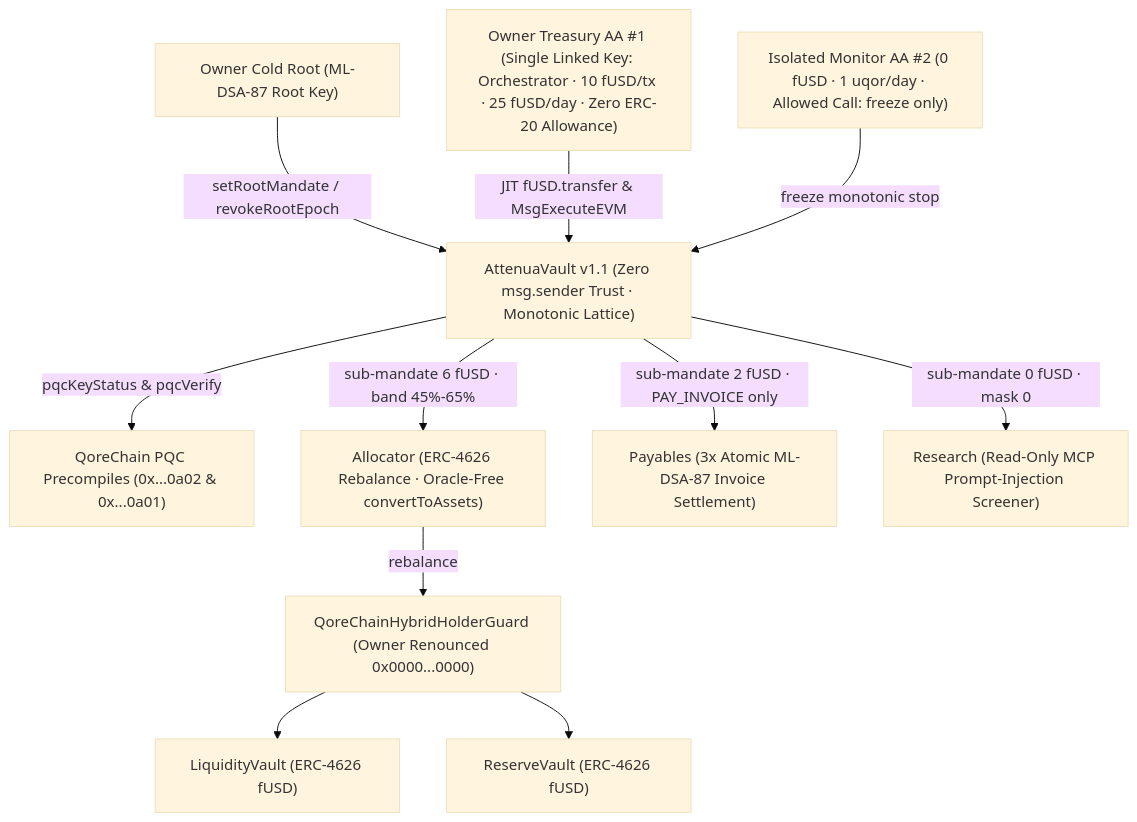
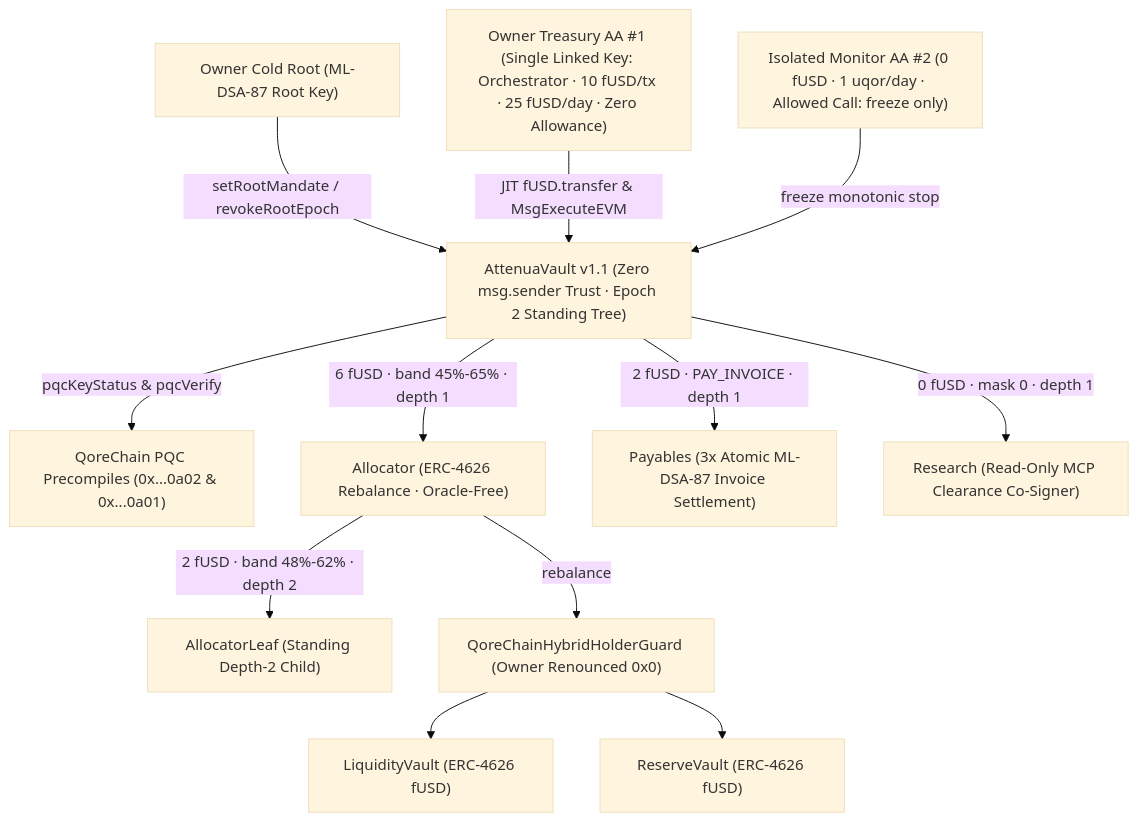
The diagram in README.md (agvswira/attenua), drawn with Mermaid (base theme) before and after one commit. The commit also changed other lines of this file and 28 other files, not shown here.

Commit message:
feat: add Epoch 2 standing tree, Foundry/differential tests, Attack Lab, MCP/CBOM & live LLM benchmark

````diff
--- a/README.md
+++ b/README.md
@@ -34,13 +43,14 @@
 ```mermaid
 flowchart TD
   Owner["Owner Cold Root (ML-DSA-87 Root Key)"] -->|setRootMandate / revokeRootEpoch| Vault
-  AA1["Owner Treasury AA #1 (Single Linked Key: Orchestrator · 10 fUSD/tx · 25 fUSD/day · Zero ERC-20 Allowance)"] -->|JIT fUSD.transfer & MsgExecuteEVM| Vault["AttenuaVault v1.1 (Zero msg.sender Trust · Monotonic Lattice)"]
+  AA1["Owner Treasury AA #1 (Single Linked Key: Orchestrator · 10 fUSD/tx · 25 fUSD/day · Zero Allowance)"] -->|JIT fUSD.transfer & MsgExecuteEVM| Vault["AttenuaVault v1.1 (Zero msg.sender Trust · Epoch 2 Standing Tree)"]
   AA2["Isolated Monitor AA #2 (0 fUSD · 1 uqor/day · Allowed Call: freeze only)"] -->|freeze monotonic stop| Vault
   Vault -->|pqcKeyStatus & pqcVerify| Precompiles["QoreChain PQC Precompiles (0x...0a02 & 0x...0a01)"]
-  Vault -->|sub-mandate 6 fUSD · band 45%-65%| Allocator["Allocator (ERC-4626 Rebalance · Oracle-Free convertToAssets)"]
-  Vault -->|sub-mandate 2 fUSD · PAY_INVOICE only| Payables["Payables (3x Atomic ML-DSA-87 Invoice Settlement)"]
-  Vault -->|sub-mandate 0 fUSD · mask 0| Research["Research (Read-Only MCP Prompt-Injection Screener)"]
-  Allocator -->|rebalance| Guard["QoreChainHybridHolderGuard (Owner Renounced 0x0000...0000)"]
+  Vault -->|6 fUSD · band 45%-65% · depth 1| Allocator["Allocator (ERC-4626 Rebalance · Oracle-Free)"]
+  Allocator -->|2 fUSD · band 48%-62% · depth 2| Leaf["AllocatorLeaf (Standing Depth-2 Child)"]
+  Vault -->|2 fUSD · PAY_INVOICE · depth 1| Payables["Payables (3x Atomic ML-DSA-87 Invoice Settlement)"]
+  Vault -->|0 fUSD · mask 0 · depth 1| Research["Research (Read-Only MCP Clearance Co-Signer)"]
+  Allocator -->|rebalance| Guard["QoreChainHybridHolderGuard (Owner Renounced 0x0)"]
   Guard --> LV["LiquidityVault (ERC-4626 fUSD)"]
   Guard --> RV["ReserveVault (ERC-4626 fUSD)"]
 ```
````
